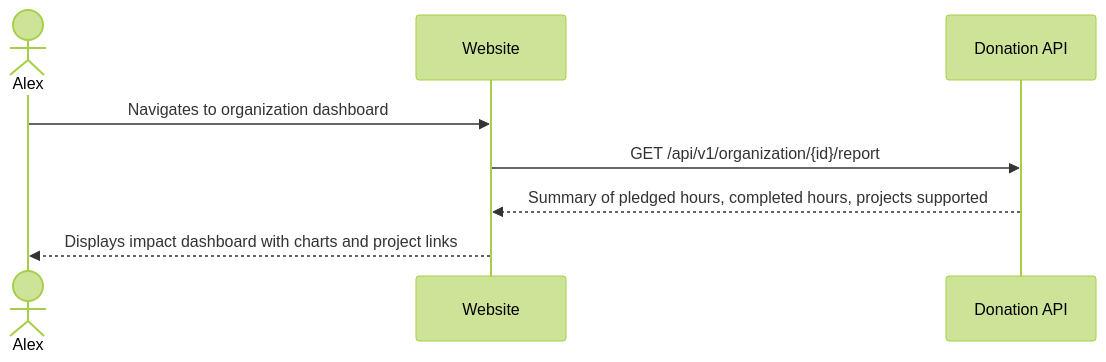
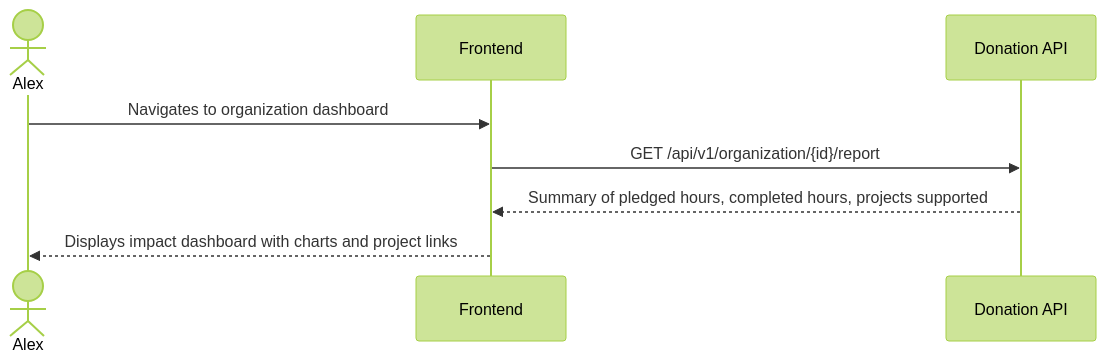
Before and after one commit to wouterfennis/TimeForCode: the fifth of 5 diagrams in docs/target/personas-and-journeys.md, drawn with Mermaid (forest theme). The commit also changed other lines of this file and 142 other files, not shown here.

````diff
--- a/docs/target/personas-and-journeys.md
+++ b/docs/target/personas-and-journeys.md
@@ -129,11 +129,11 @@
 ```mermaid
 sequenceDiagram
     actor Alex
-    participant Website
+    participant Frontend
     participant DonationAPI as Donation API
 
-    Alex->>Website: Navigates to organization dashboard
-    Website->>DonationAPI: GET /api/v1/organization/{id}/report
-    DonationAPI-->>Website: Summary of pledged hours, completed hours, projects supported
-    Website-->>Alex: Displays impact dashboard with charts and project links
+    Alex->>Frontend: Navigates to organization dashboard
+    Frontend->>DonationAPI: GET /api/v1/organization/{id}/report
+    DonationAPI-->>Frontend: Summary of pledged hours, completed hours, projects supported
+    Frontend-->>Alex: Displays impact dashboard with charts and project links
 ```
````
